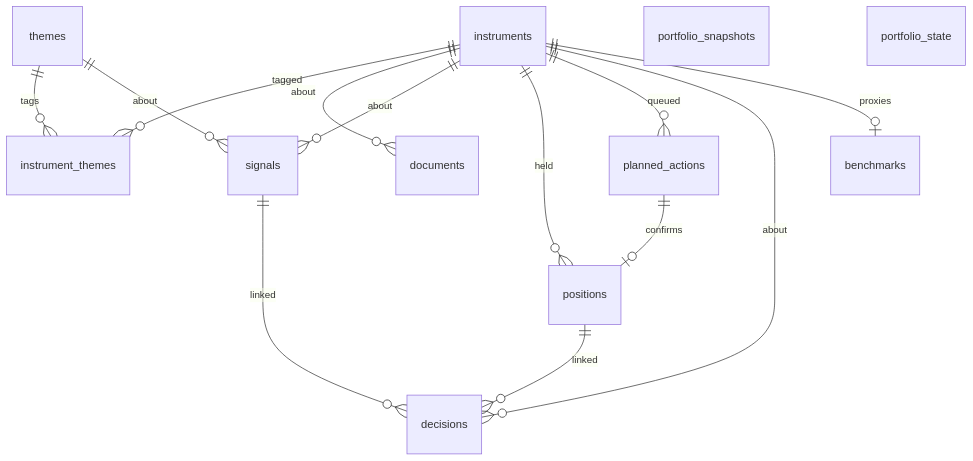
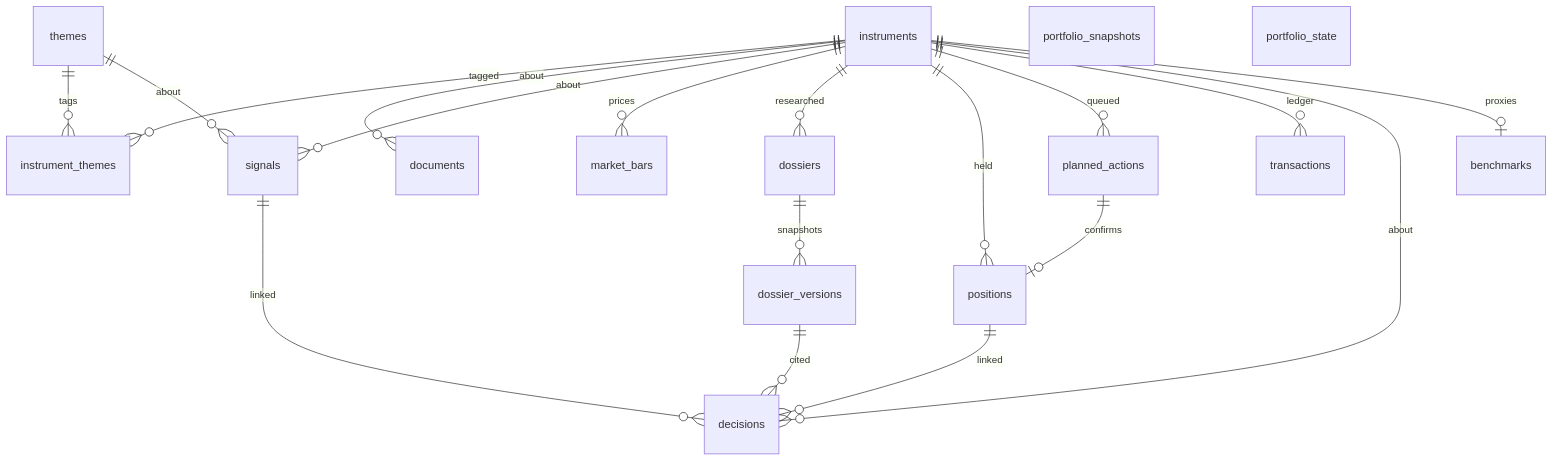
Before and after one commit to cpascoli/powerfund: the diagram in architecture/data-model.md, drawn with Mermaid. The commit also changed other lines of this file and 3 other files, not shown here.

````diff
--- a/architecture/data-model.md
+++ b/architecture/data-model.md
@@ -7,17 +7,22 @@
 ```mermaid
 erDiagram
   themes ||--o{ instrument_themes : tags
   instruments ||--o{ instrument_themes : tagged
   instruments ||--o{ documents : about
   instruments ||--o{ signals : about
+  instruments ||--o{ market_bars : prices
+  instruments ||--o{ dossiers : researched
+  dossiers ||--o{ dossier_versions : snapshots
   themes ||--o{ signals : about
   instruments ||--o{ positions : held
   instruments ||--o{ planned_actions : queued
+  instruments ||--o{ transactions : ledger
   instruments ||--o{ decisions : about
   positions ||--o{ decisions : linked
+  dossier_versions ||--o{ decisions : cited
   planned_actions ||--o| positions : confirms
   signals ||--o{ decisions : linked
+  instruments ||--o| benchmarks : proxies
   portfolio_snapshots
   portfolio_state
-  instruments ||--o| benchmarks : proxies
 ```
````
